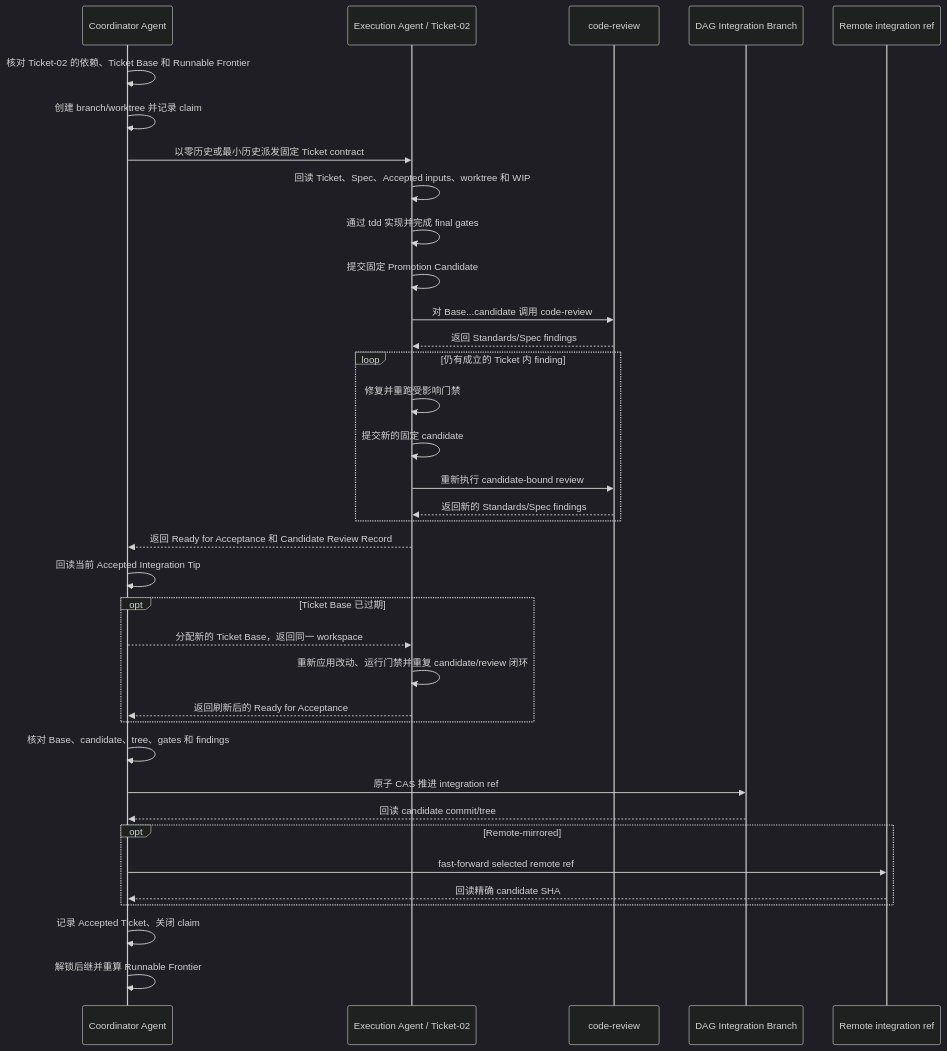
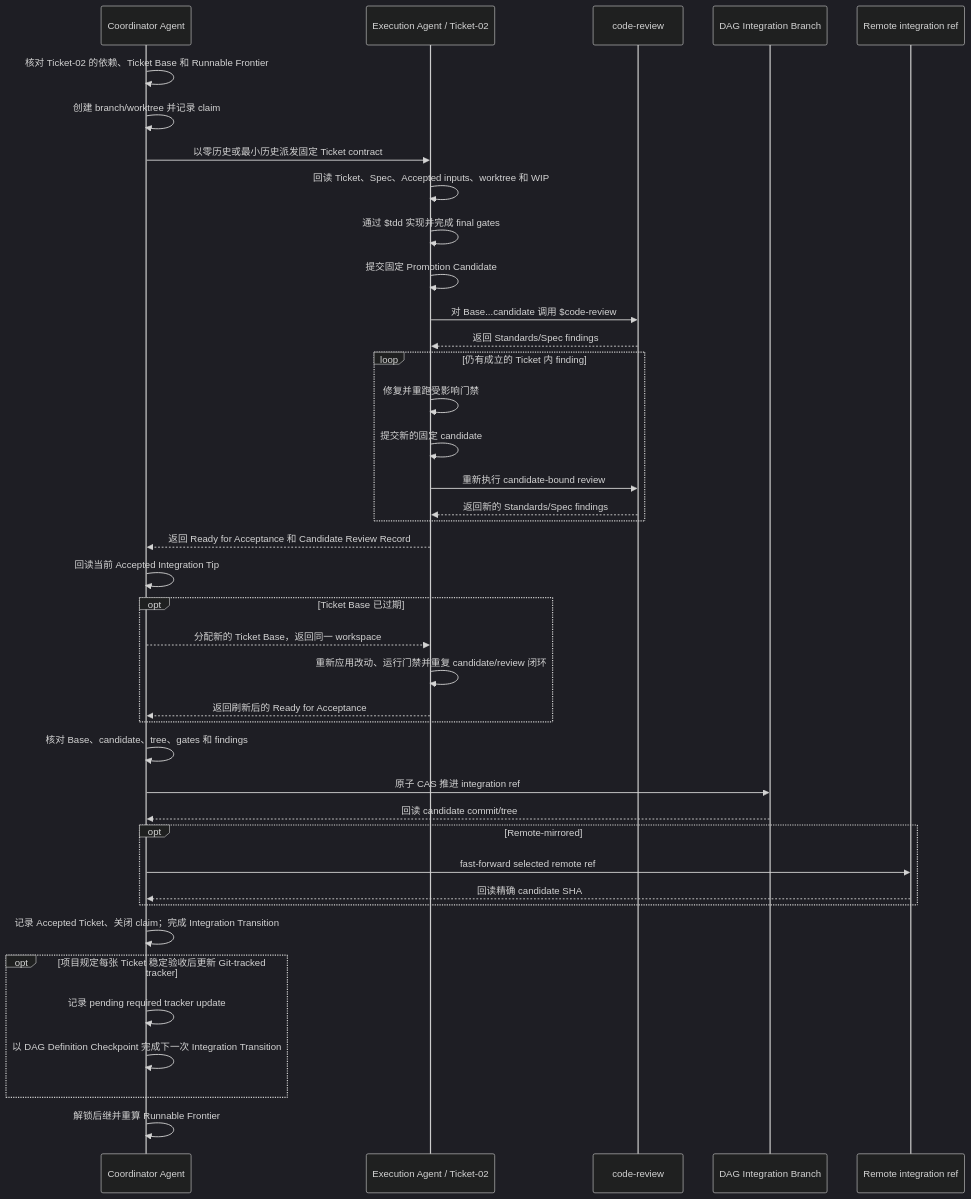
Before and after one commit to RedHeartSecretMan/dag-skill: the diagram in README.md, drawn with Mermaid (dark theme). The commit also changed other lines of this file and 7 other files, not shown here.

````diff
--- a/README.md
+++ b/README.md
@@ -69,46 +47,52 @@
 ```mermaid
 sequenceDiagram
     participant C as Coordinator Agent
     participant E as Execution Agent / Ticket-02
     participant R as code-review
     participant I as DAG Integration Branch
     participant M as Remote integration ref
 
     C->>C: 核对 Ticket-02 的依赖、Ticket Base 和 Runnable Frontier
     C->>C: 创建 branch/worktree 并记录 claim
     C->>E: 以零历史或最小历史派发固定 Ticket contract
 
     E->>E: 回读 Ticket、Spec、Accepted inputs、worktree 和 WIP
-    E->>E: 通过 tdd 实现并完成 final gates
+    E->>E: 通过 $tdd 实现并完成 final gates
     E->>E: 提交固定 Promotion Candidate
-    E->>R: 对 Base...candidate 调用 code-review
+    E->>R: 对 Base...candidate 调用 $code-review
     R-->>E: 返回 Standards/Spec findings
 
     loop 仍有成立的 Ticket 内 finding
         E->>E: 修复并重跑受影响门禁
         E->>E: 提交新的固定 candidate
         E->>R: 重新执行 candidate-bound review
         R-->>E: 返回新的 Standards/Spec findings
     end
 
     E-->>C: 返回 Ready for Acceptance 和 Candidate Review Record
     C->>C: 回读当前 Accepted Integration Tip
 
     opt Ticket Base 已过期
         C-->>E: 分配新的 Ticket Base，返回同一 workspace
         E->>E: 重新应用改动、运行门禁并重复 candidate/review 闭环
         E-->>C: 返回刷新后的 Ready for Acceptance
     end
 
     C->>C: 核对 Base、candidate、tree、gates 和 findings
     C->>I: 原子 CAS 推进 integration ref
     I-->>C: 回读 candidate commit/tree
 
     opt Remote-mirrored
         C->>M: fast-forward selected remote ref
         M-->>C: 回读精确 candidate SHA
     end
 
-    C->>C: 记录 Accepted Ticket、关闭 claim
+    C->>C: 记录 Accepted Ticket、关闭 claim；完成 Integration Transition
+
+    opt 项目规定每张 Ticket 稳定验收后更新 Git-tracked tracker
+        C->>C: 记录 pending required tracker update
+        C->>C: 以 DAG Definition Checkpoint 完成下一次 Integration Transition
+    end
+
     C->>C: 解锁后继并重算 Runnable Frontier
 ```
````
